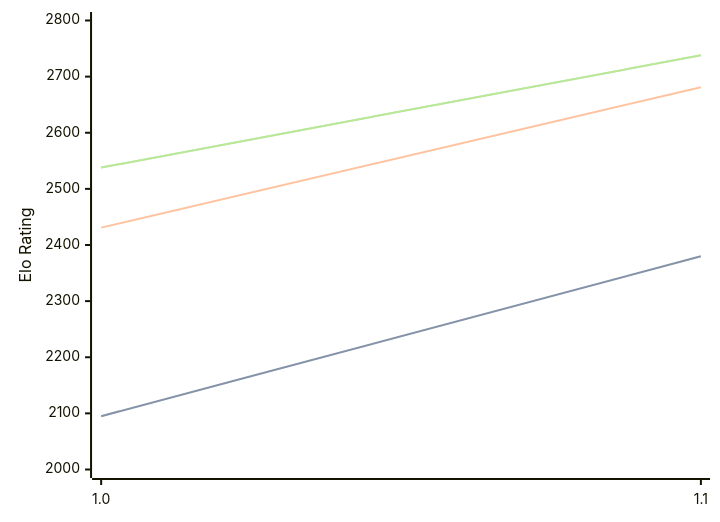
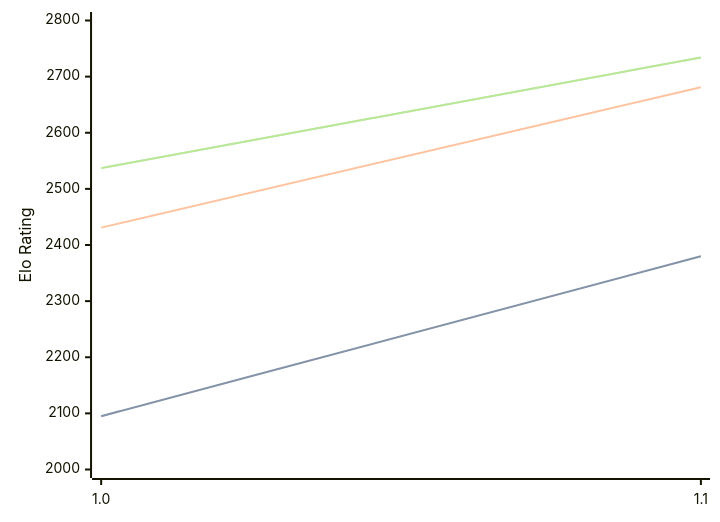
Before and after one commit to computer-chess-index/cci: the diagram in engines/Erinn.md, drawn with Mermaid. The commit also changed other lines of this file, not shown here.

Commit message:
Update CCI Ratings (ELO VLTC) - 2026-10-01

````diff
--- a/engines/Erinn.md
+++ b/engines/Erinn.md
@@ -32,11 +32,11 @@
 ```mermaid
 %%{init: {"theme":"base","themeVariables":{"seriesColors:['#a3a3a3','#222221','#faa371']}}}%%
 xychart-beta
   x-axis ["1.0", "1.1"]
   y-axis "Elo Rating" 2000 --> 2800
   line "" [2095, 2380]
   line "STC (8.0+0.08s)" [2095, 2380]
   line "LTC (60.0+0.60s)" [2431, 2681]
-  line "" [2538, 2738]
-  line "VLTC (2m24s+1.12s)" [2538, 2738]
+  line "" [2537, 2734]
+  line "VLTC (2m24s+1.12s)" [2537, 2734]
 ```
````
